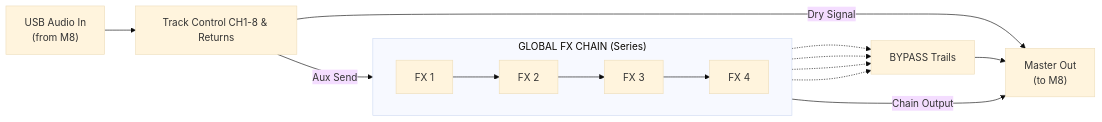
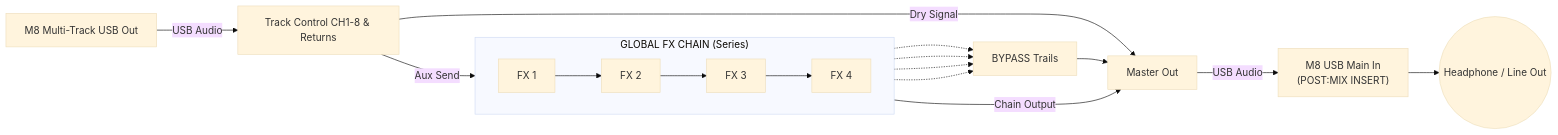
The diagram in en.md (ca5/m8fx_docs), drawn with Mermaid (base theme) before and after one commit. The commit also changed 1 other file, not shown here.

Commit message:
Add explicit M8 hardware nodes to mermaid diagram

````diff
--- a/en.md
+++ b/en.md
@@ -62,23 +62,26 @@
 ```mermaid
 flowchart LR
-    USBIn["USB Audio In<br>(from M8)"] --> Tracks[Track Control CH1-8 & Returns]
+    M8_Out["M8 Multi-Track USB Out"] -- "USB Audio" --> Tracks[Track Control CH1-8 & Returns]
     
-    Tracks -- "Dry Signal" --> MasterOut["Master Out<br>(to M8)"]
+    Tracks -- "Dry Signal" --> MasterOut[Master Out]
     Tracks -- "Aux Send" --> FX1
     
     subgraph fxchain ["GLOBAL FX CHAIN (Series)"]
         direction LR
         FX1[FX 1] --> FX2[FX 2] --> FX3[FX 3] --> FX4[FX 4]
     end
     
     FX4 -- "Chain Output" --> MasterOut
     
     TrailsMix["BYPASS Trails"]
     
     FX1 -.-> TrailsMix
     FX2 -.-> TrailsMix
     FX3 -.-> TrailsMix
     FX4 -.-> TrailsMix
     
     TrailsMix --> MasterOut
+    
+    MasterOut -- "USB Audio" --> M8_In["M8 USB Main In<br>(POST:MIX INSERT)"]
+    M8_In --> HP(("Headphone / Line Out"))
 ```
````
